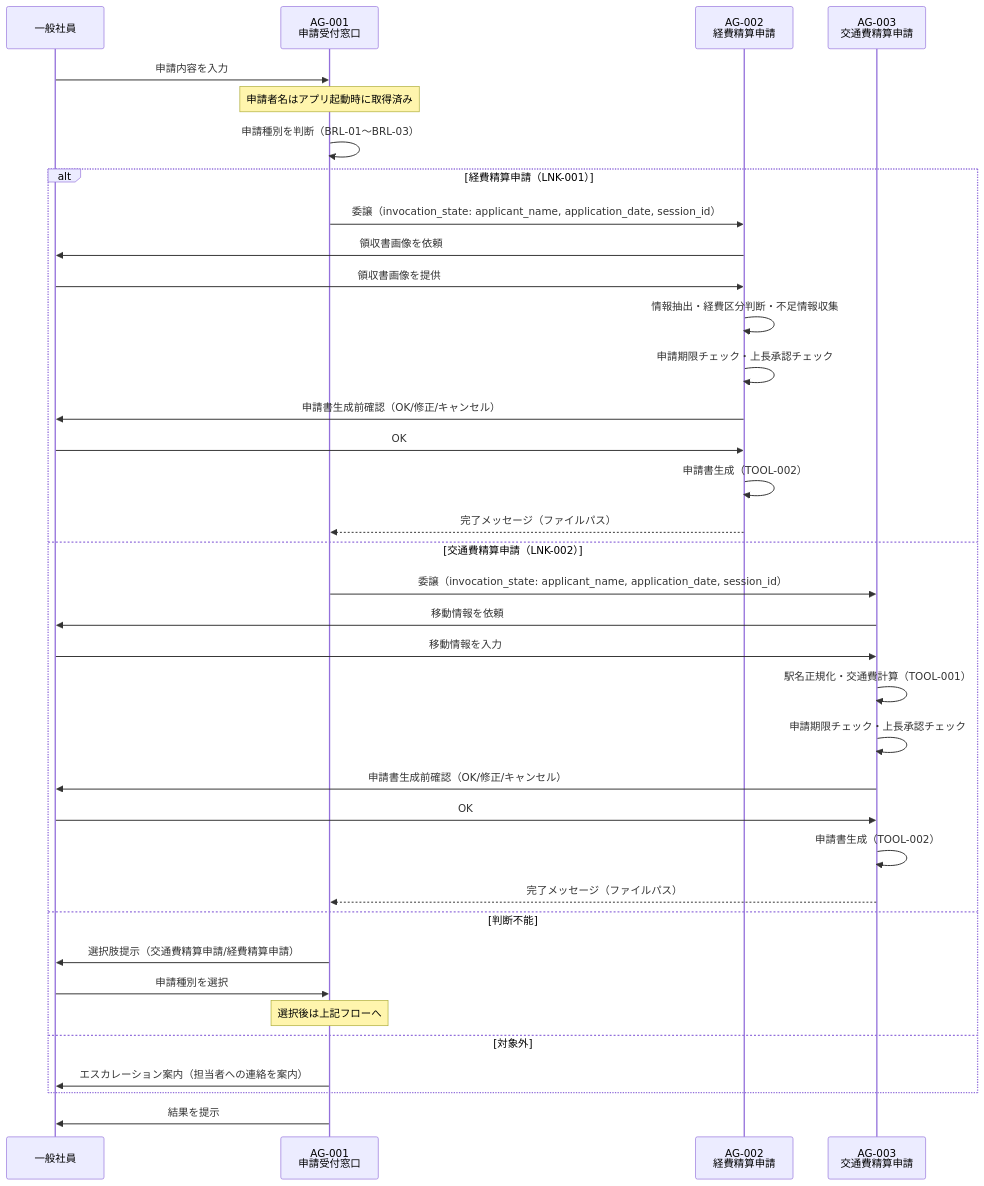
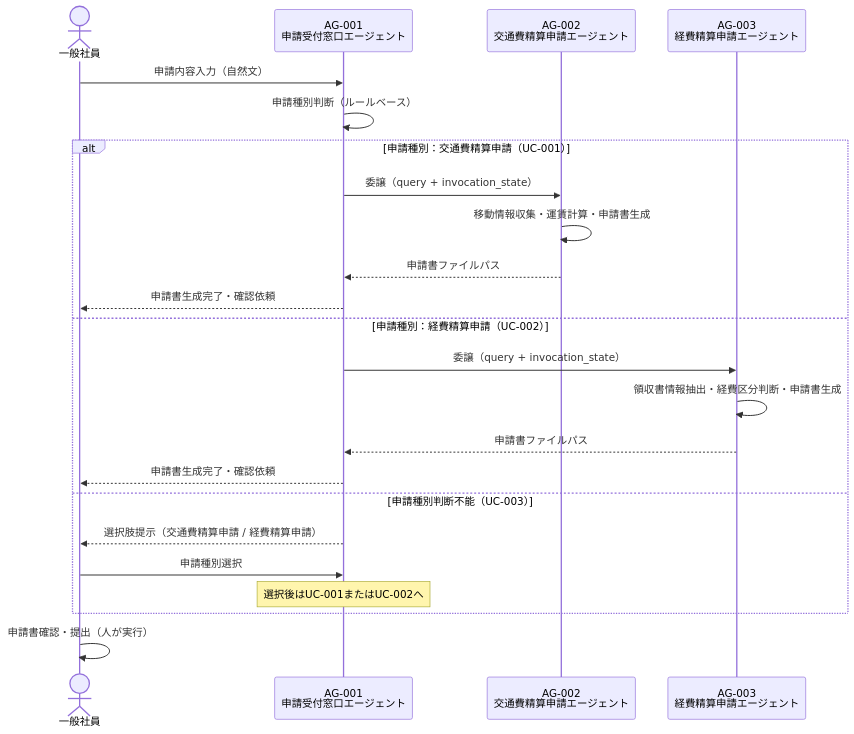
One commit to horii003/AIAgentBook changed the diagram in artifacts/03_system-design/outputs/マルチエージェント連携設計.md. Above: the diagram before and after it, drawn with Mermaid. The commit also changed other lines of this file and 247 other files, not shown here.

````diff
--- a/artifacts/03_system-design/outputs/マルチエージェント連携設計.md
+++ b/artifacts/03_system-design/outputs/マルチエージェント連携設計.md
@@ -320,40 +322,30 @@
 ```mermaid
 sequenceDiagram
-    participant U as 一般社員
-    participant ORC as AG-001<br/>申請受付窓口
-    participant EXP as AG-002<br/>経費精算申請
-    participant TRV as AG-003<br/>交通費精算申請
+    actor User as 一般社員
+    participant Orch as AG-001<br/>申請受付窓口エージェント
+    participant TrvAgent as AG-002<br/>交通費精算申請エージェント
+    participant ExpAgent as AG-003<br/>経費精算申請エージェント
 
-    U->>ORC: 申請内容を入力
-    Note over ORC: 申請者名はアプリ起動時に取得済み
-    ORC->>ORC: 申請種別を判断（BRL-01〜BRL-03）
+    User->>Orch: 申請内容入力（自然文）
+    Orch->>Orch: 申請種別判断（ルールベース）
 
-    alt 経費精算申請（LNK-001）
-        ORC->>EXP: 委譲（invocation_state: applicant_name, application_date, session_id）
-        EXP->>U: 領収書画像を依頼
-        U->>EXP: 領収書画像を提供
-        EXP->>EXP: 情報抽出・経費区分判断・不足情報収集
-        EXP->>EXP: 申請期限チェック・上長承認チェック
-        EXP->>U: 申請書生成前確認（OK/修正/キャンセル）
-        U->>EXP: OK
-        EXP->>EXP: 申請書生成（TOOL-002）
-        EXP-->>ORC: 完了メッセージ（ファイルパス）
-    else 交通費精算申請（LNK-002）
-        ORC->>TRV: 委譲（invocation_state: applicant_name, application_date, session_id）
-        TRV->>U: 移動情報を依頼
-        U->>TRV: 移動情報を入力
-        TRV->>TRV: 駅名正規化・交通費計算（TOOL-001）
-        TRV->>TRV: 申請期限チェック・上長承認チェック
-        TRV->>U: 申請書生成前確認（OK/修正/キャンセル）
-        U->>TRV: OK
-        TRV->>TRV: 申請書生成（TOOL-002）
-        TRV-->>ORC: 完了メッセージ（ファイルパス）
-    else 判断不能
-        ORC->>U: 選択肢提示（交通費精算申請/経費精算申請）
-        U->>ORC: 申請種別を選択
-        Note over ORC: 選択後は上記フローへ
-    else 対象外
-        ORC->>U: エスカレーション案内（担当者への連絡を案内）
+    alt 申請種別：交通費精算申請（UC-001）
+        Orch->>TrvAgent: 委譲（query + invocation_state）
+        TrvAgent->>TrvAgent: 移動情報収集・運賃計算・申請書生成
+        TrvAgent-->>Orch: 申請書ファイルパス
+        Orch-->>User: 申請書生成完了・確認依頼
+
+    else 申請種別：経費精算申請（UC-002）
+        Orch->>ExpAgent: 委譲（query + invocation_state）
+        ExpAgent->>ExpAgent: 領収書情報抽出・経費区分判断・申請書生成
+        ExpAgent-->>Orch: 申請書ファイルパス
+        Orch-->>User: 申請書生成完了・確認依頼
+
+    else 申請種別判断不能（UC-003）
+        Orch-->>User: 選択肢提示（交通費精算申請 / 経費精算申請）
+        User->>Orch: 申請種別選択
+        Note over Orch: 選択後はUC-001またはUC-002へ
     end
-    ORC->>U: 結果を提示
+
+    User->>User: 申請書確認・提出（人が実行）
 ```
````
